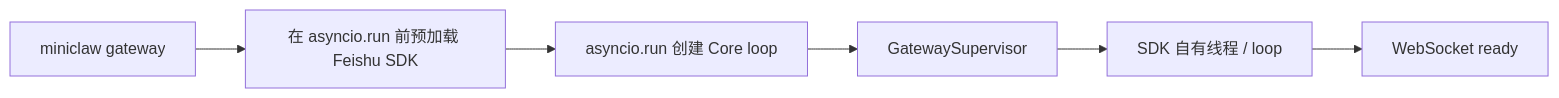
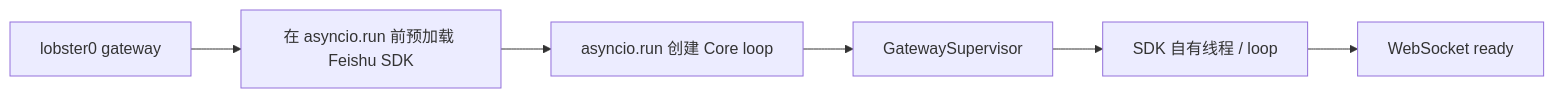
One commit to NEDONION/lobster0 changed the second of 4 diagrams in docs/engineering/phase-5/20260808_feishu-gateway-runtime-and-macos-service.md. Above: the diagram before and after it, drawn with Mermaid. The commit also changed other lines of this file and 221 other files, not shown here.

````diff
--- a/docs/engineering/phase-5/20260808_feishu-gateway-runtime-and-macos-service.md
+++ b/docs/engineering/phase-5/20260808_feishu-gateway-runtime-and-macos-service.md
@@ -58,8 +58,8 @@
 ```mermaid
 flowchart LR
-    C["miniclaw gateway"] --> P["在 asyncio.run 前预加载 Feishu SDK"]
+    C["lobster0 gateway"] --> P["在 asyncio.run 前预加载 Feishu SDK"]
     P --> L["asyncio.run 创建 Core loop"]
     L --> G["GatewaySupervisor"]
     G --> W["SDK 自有线程 / loop"]
     W --> R["WebSocket ready"]
 ```
````
